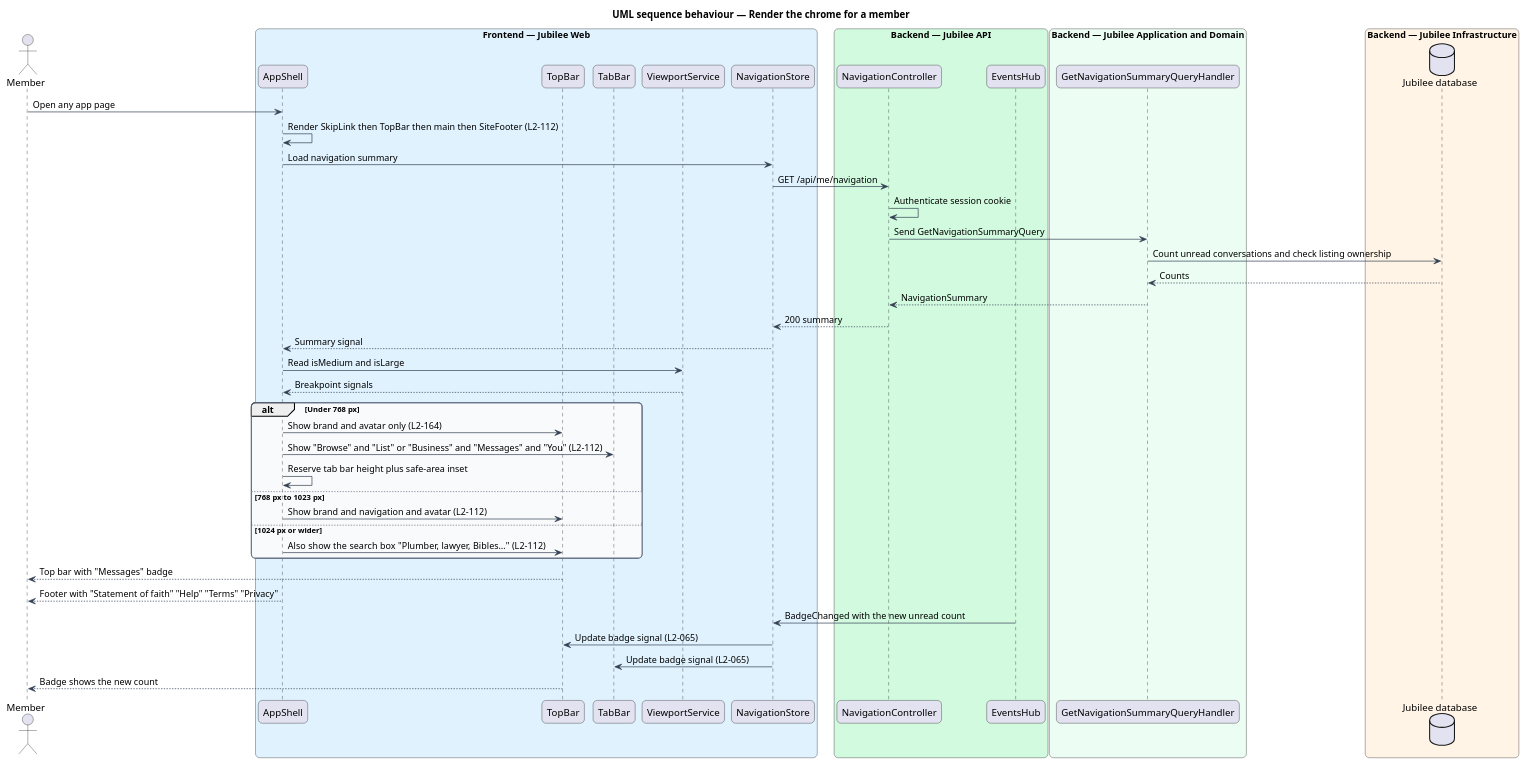
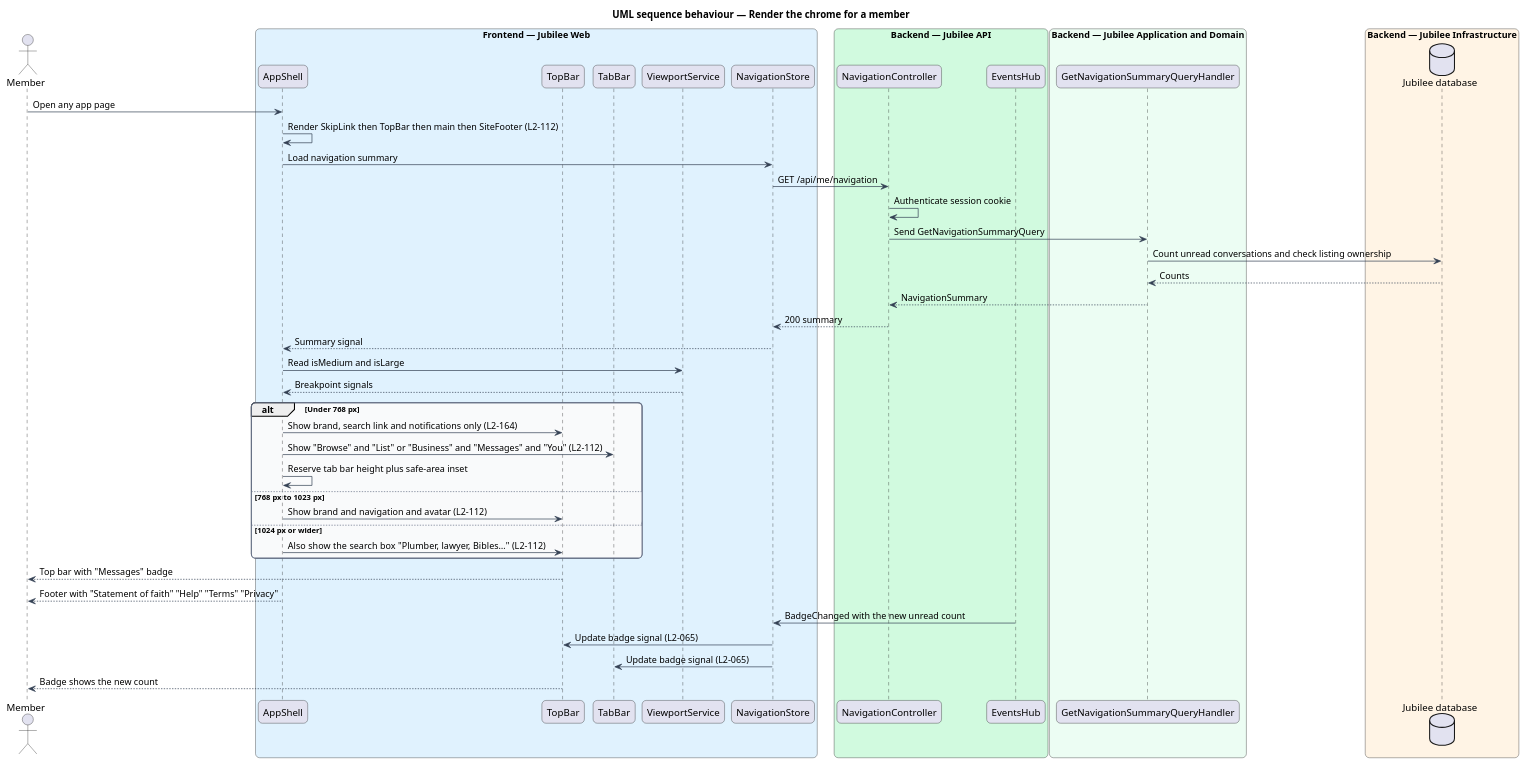
The diagram in docs/detailed-designs/trust-content/render-site-chrome/diagrams/sequence-render-chrome.puml (QuinntyneBrown/jubilee), drawn with PlantUML before and after one commit. The commit also changed 28 other files, not shown here.

```diff
--- a/docs/detailed-designs/trust-content/render-site-chrome/diagrams/sequence-render-chrome.puml
+++ b/docs/detailed-designs/trust-content/render-site-chrome/diagrams/sequence-render-chrome.puml
@@ -1,63 +1,63 @@
 @startuml
 title UML sequence behaviour — Render the chrome for a member
 skinparam backgroundColor #FFFFFF
 skinparam shadowing false
 skinparam roundcorner 12
 skinparam defaultFontName Arial
 skinparam ArrowColor #344054
 skinparam rectangle {
   BorderColor #344054
   FontColor #101828
 }
 skinparam package {
   BorderColor #667085
   FontColor #101828
   BackgroundColor #F9FAFB
 }
 actor "Member" as actor
 box "Frontend — Jubilee Web" #E0F2FE
   participant "AppShell" as shell
   participant "TopBar" as top
   participant "TabBar" as tab
   participant "ViewportService" as viewport
   participant "NavigationStore" as store
 end box
 box "Backend — Jubilee API" #D1FADF
   participant "NavigationController" as controller
   participant "EventsHub" as hub
 end box
 box "Backend — Jubilee Application and Domain" #ECFDF3
   participant "GetNavigationSummaryQueryHandler" as handler
 end box
 box "Backend — Jubilee Infrastructure" #FFF4E5
   database "Jubilee database" as db
 end box
 actor -> shell : Open any app page
 shell -> shell : Render SkipLink then TopBar then main then SiteFooter (L2-112)
 shell -> store : Load navigation summary
 store -> controller : GET /api/me/navigation
 controller -> controller : Authenticate session cookie
 controller -> handler : Send GetNavigationSummaryQuery
 handler -> db : Count unread conversations and check listing ownership
 db --> handler : Counts
 handler --> controller : NavigationSummary
 controller --> store : 200 summary
 store --> shell : Summary signal
 shell -> viewport : Read isMedium and isLarge
 viewport --> shell : Breakpoint signals
 alt Under 768 px
-  shell -> top : Show brand and avatar only (L2-164)
+  shell -> top : Show brand, search link and notifications only (L2-164)
   shell -> tab : Show "Browse" and "List" or "Business" and "Messages" and "You" (L2-112)
   shell -> shell : Reserve tab bar height plus safe-area inset
 else 768 px to 1023 px
   shell -> top : Show brand and navigation and avatar (L2-112)
 else 1024 px or wider
   shell -> top : Also show the search box "Plumber, lawyer, Bibles…" (L2-112)
 end
 top --> actor : Top bar with "Messages" badge
 shell --> actor : Footer with "Statement of faith" "Help" "Terms" "Privacy"
 hub -> store : BadgeChanged with the new unread count
 store -> top : Update badge signal (L2-065)
 store -> tab : Update badge signal (L2-065)
 top --> actor : Badge shows the new count
 @enduml
```
